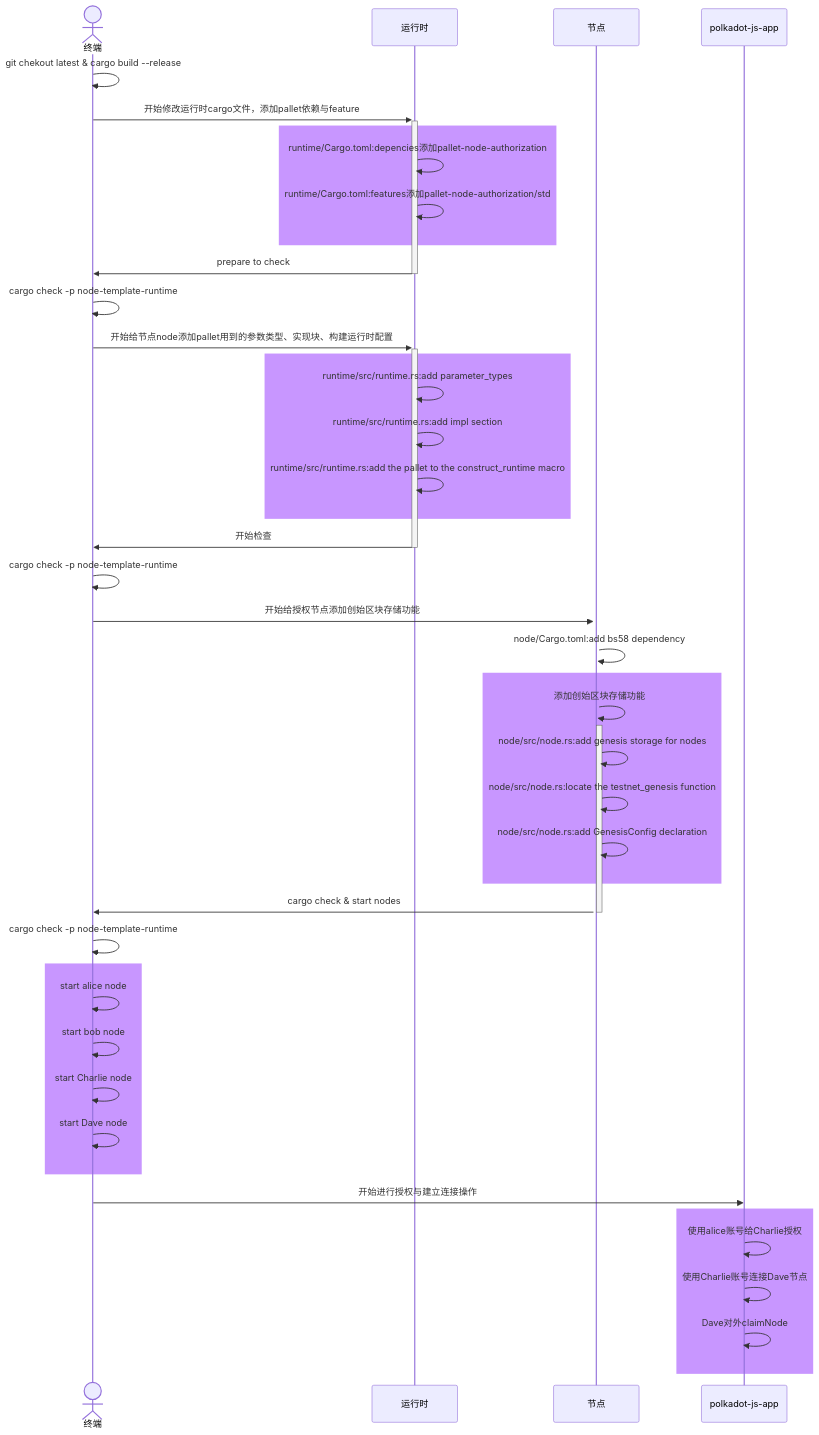
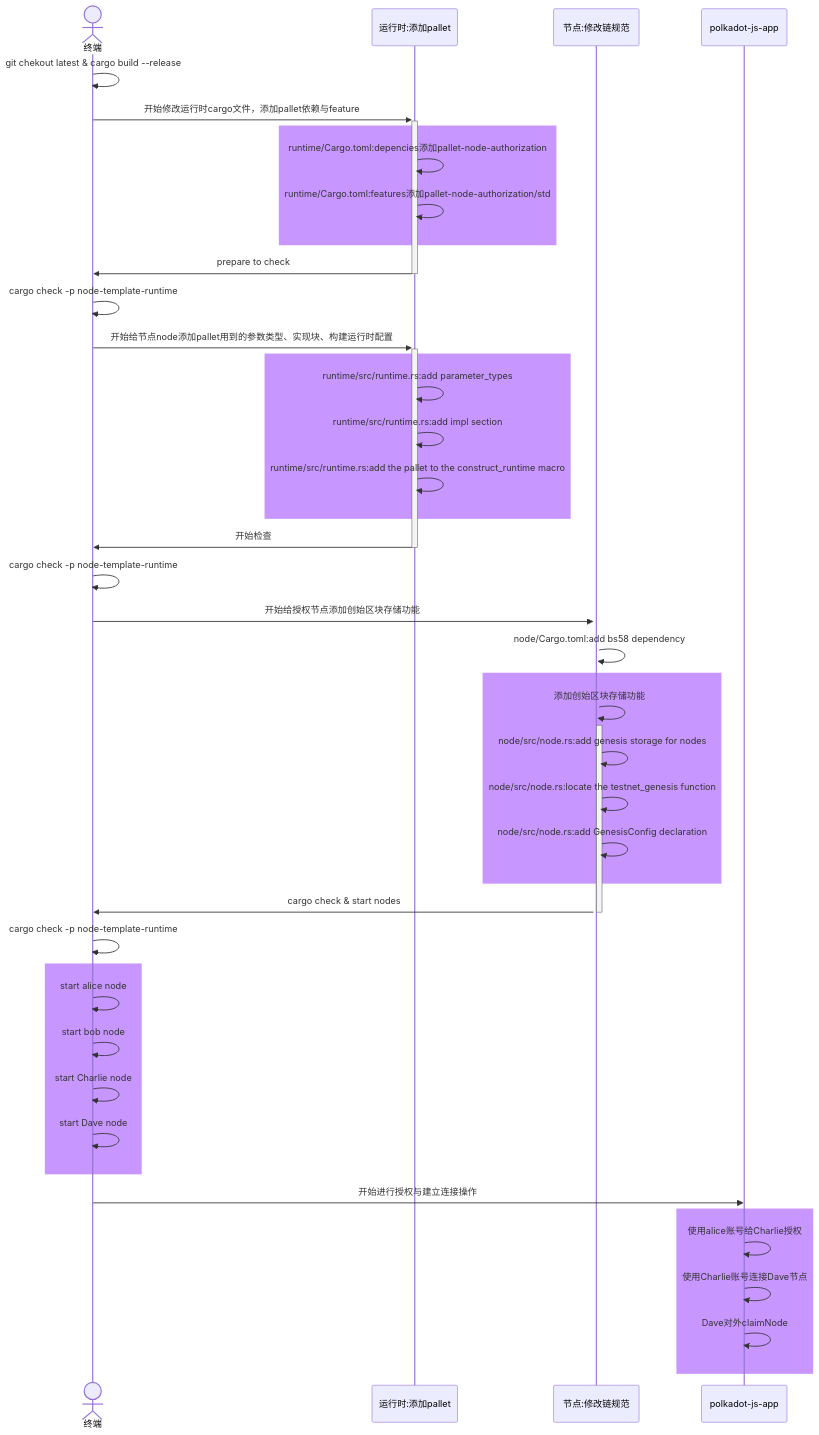
The sixth of 9 diagrams in src/layer5_ecosystem/7_business/blockchain/substrate/substrate_tutorials.md (KuanHsiaoKuo/programming_anatomy_in_rust), drawn with Mermaid before and after one commit.

````diff
--- a/src/layer5_ecosystem/7_business/blockchain/substrate/substrate_tutorials.md
+++ b/src/layer5_ecosystem/7_business/blockchain/substrate/substrate_tutorials.md
@@ -480,45 +480,45 @@
 ```kroki-mermaid
 sequenceDiagram
     actor terminal as 终端
-    participant runtime as 运行时
-    participant node as 节点 
+    participant runtime as 运行时:添加pallet
+    participant node as 节点:修改链规范
     participant pkjs as polkadot-js-app
     terminal->>terminal: git chekout latest & cargo build --release
     terminal->>+runtime: 开始修改运行时cargo文件，添加pallet依赖与feature
     rect rgb(200, 150, 255)
     runtime->>runtime: runtime/Cargo.toml:depencies添加pallet-node-authorization
     runtime->>runtime: runtime/Cargo.toml:features添加pallet-node-authorization/std
     end
     runtime->>-terminal: prepare to check
     terminal->>terminal: cargo check -p node-template-runtime
     terminal->>+runtime: 开始给节点node添加pallet用到的参数类型、实现块、构建运行时配置
     rect rgb(200, 150, 255)
     runtime->>runtime: runtime/src/runtime.rs:add parameter_types
     runtime->>runtime: runtime/src/runtime.rs:add impl section
     runtime->>runtime: runtime/src/runtime.rs:add the pallet to the construct_runtime macro
     end
     runtime->>-terminal: 开始检查
     terminal->>terminal: cargo check -p node-template-runtime
     terminal->>+node: 开始给授权节点添加创始区块存储功能
     node->>node: node/Cargo.toml:add bs58 dependency
     rect rgb(200, 150, 255)
     node->>+node: 添加创始区块存储功能
     node->>node: node/src/node.rs:add genesis storage for nodes
     node->>node: node/src/node.rs:locate the testnet_genesis function
     node->>node: node/src/node.rs:add GenesisConfig declaration
     end
     node->>-terminal: cargo check & start nodes
     terminal->>terminal: cargo check -p node-template-runtime
     rect rgb(200, 150, 255)
     terminal->>terminal: start alice node
     terminal->>terminal: start bob node
     terminal->>terminal: start Charlie node
     terminal->>terminal: start Dave node
     end
     terminal->>pkjs: 开始进行授权与建立连接操作
     rect rgb(200, 150, 255)
     pkjs->>pkjs: 使用alice账号给Charlie授权
     pkjs->>pkjs: 使用Charlie账号连接Dave节点
     pkjs->>pkjs: Dave对外claimNode
     end
 ```
````
